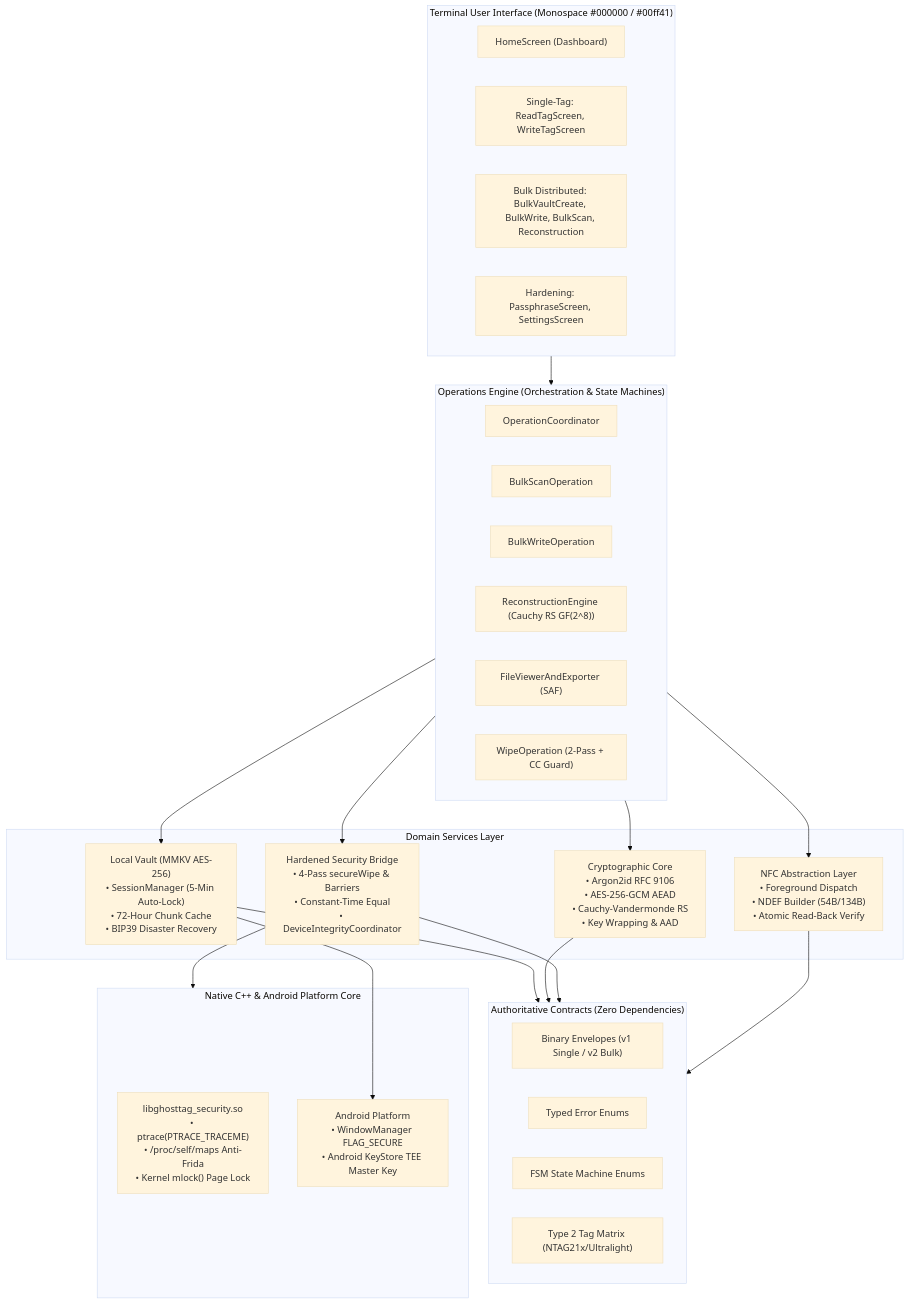
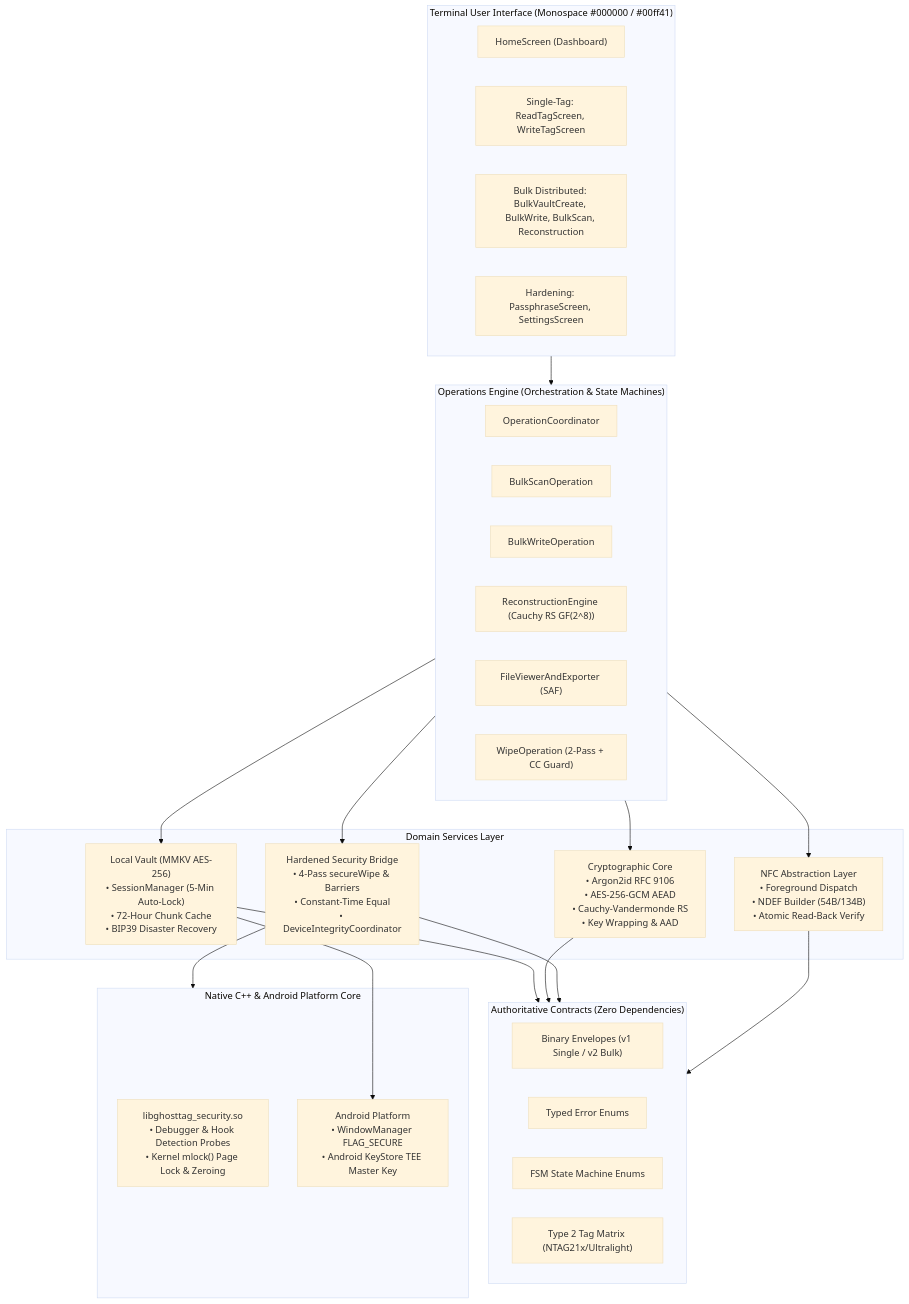
One commit to FROSTY-MUG/Ghost-Tag changed the first of 2 diagrams in docs/architecture.md. Above: the diagram before and after it, drawn with Mermaid (base theme). The commit also changed other lines of this file and 29 other files, not shown here.

````diff
--- a/docs/architecture.md
+++ b/docs/architecture.md
@@ -9,51 +9,51 @@
 ```mermaid
 flowchart TD
     subgraph UI["Terminal User Interface (Monospace #000000 / #00ff41)"]
         HomeScreen["HomeScreen (Dashboard)"]
         SingleTagUI["Single-Tag: ReadTagScreen, WriteTagScreen"]
         BulkVaultUI["Bulk Distributed: BulkVaultCreate, BulkWrite, BulkScan, Reconstruction"]
         SecurityUI["Hardening: PassphraseScreen, SettingsScreen"]
     end
 
     subgraph Operations["Operations Engine (Orchestration & State Machines)"]
         OpCoord["OperationCoordinator"]
         BulkScanOp["BulkScanOperation"]
         BulkWriteOp["BulkWriteOperation"]
         ReconstructEng["ReconstructionEngine (Cauchy RS GF(2^8))"]
         FileViewer["FileViewerAndExporter (SAF)"]
         WipeOp["WipeOperation (2-Pass + CC Guard)"]
     end
 
     subgraph CoreServices["Domain Services Layer"]
         Vault["Local Vault (MMKV AES-256)<br/>• SessionManager (5-Min Auto-Lock)<br/>• 72-Hour Chunk Cache<br/>• BIP39 Disaster Recovery"]
         Crypto["Cryptographic Core<br/>• Argon2id RFC 9106<br/>• AES-256-GCM AEAD<br/>• Cauchy-Vandermonde RS<br/>• Key Wrapping & AAD"]
         Security["Hardened Security Bridge<br/>• 4-Pass secureWipe & Barriers<br/>• Constant-Time Equal<br/>• DeviceIntegrityCoordinator"]
         NFC["NFC Abstraction Layer<br/>• Foreground Dispatch<br/>• NDEF Builder (54B/134B)<br/>• Atomic Read-Back Verify"]
     end
 
     subgraph Contracts["Authoritative Contracts (Zero Dependencies)"]
         EnvelopeSchemas["Binary Envelopes (v1 Single / v2 Bulk)"]
         ErrorCodes["Typed Error Enums"]
         StateEnums["FSM State Machine Enums"]
         HardwareMatrix["Type 2 Tag Matrix (NTAG21x/Ultralight)"]
     end
 
     subgraph NativePlatform["Native C++ & Android Platform Core"]
-        NativeCpp["libghosttag_security.so<br/>• ptrace(PTRACE_TRACEME)<br/>• /proc/self/maps Anti-Frida<br/>• Kernel mlock() Page Lock"]
+        NativeCpp["libghosttag_security.so<br/>• Debugger & Hook Detection Probes<br/>• Kernel mlock() Page Lock & Zeroing"]
         KotlinPlatform["Android Platform<br/>• WindowManager FLAG_SECURE<br/>• Android KeyStore TEE Master Key"]
     end
 
     UI --> Operations
     Operations --> Vault
     Operations --> Crypto
     Operations --> Security
     Operations --> NFC
 
     Vault --> Contracts
     Crypto --> Contracts
     Security --> Contracts
     NFC --> Contracts
 
     Security --> NativePlatform
     Vault --> KotlinPlatform
 ```
````
